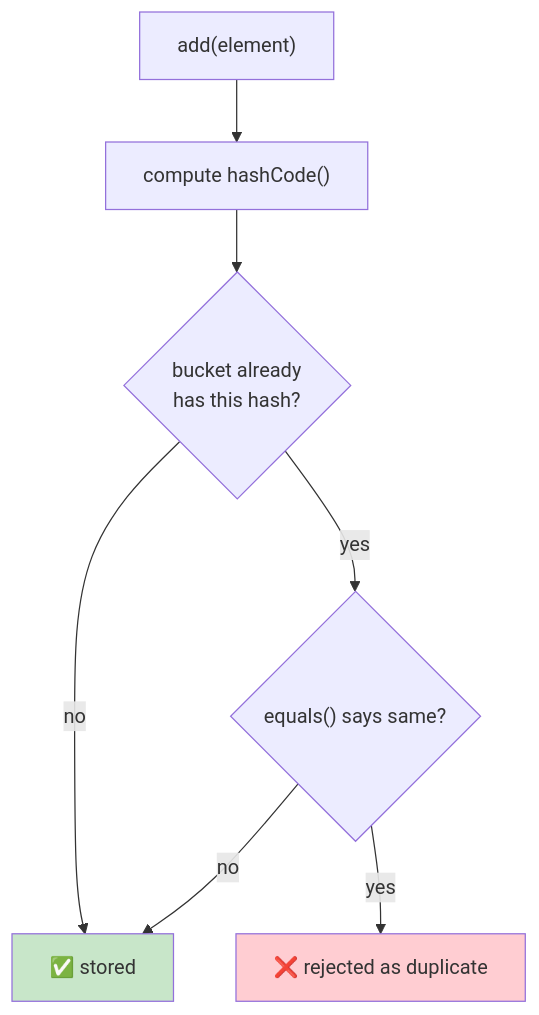
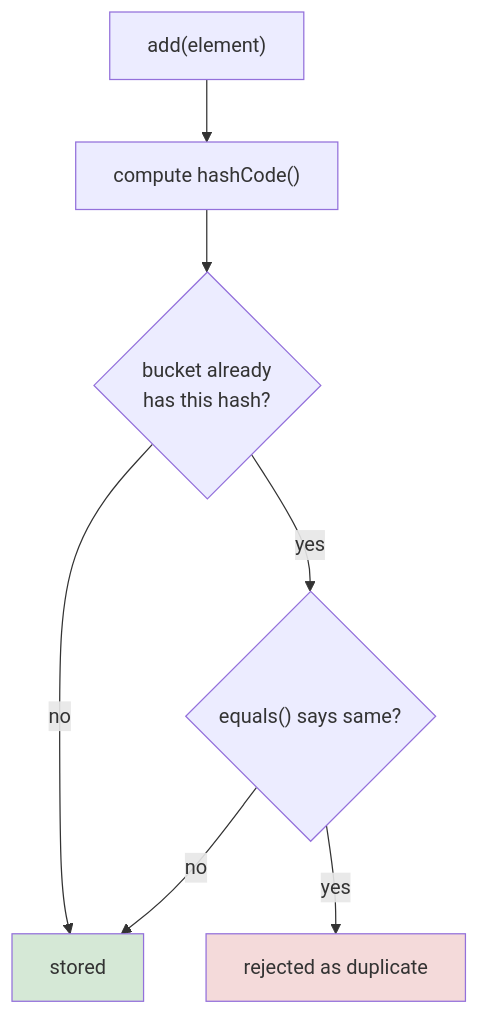
Before and after one commit to kundankumarsharma56/Leaning-Java: the second of 2 diagrams in src/Theory/08-Collections-Framework/03-Set-Interface.md, drawn with Mermaid. The commit also changed other lines of this file and 84 other files, not shown here.

````diff
--- a/src/Theory/08-Collections-Framework/03-Set-Interface.md
+++ b/src/Theory/08-Collections-Framework/03-Set-Interface.md
@@ -43,11 +43,11 @@
 ```mermaid
 flowchart TD
     A["add(element)"] --> B["compute hashCode()"]
     B --> C{"bucket already<br/>has this hash?"}
-    C -->|no| D["✅ stored"]
+    C -->|no| D["stored"]
     C -->|yes| E{"equals() says same?"}
-    E -->|yes| F["❌ rejected as duplicate"]
+    E -->|yes| F["rejected as duplicate"]
     E -->|no| D
-    style D fill:#c8e6c9
-    style F fill:#ffcdd2
+    style D fill:#d5e8d6
+    style F fill:#f4dada
 ```
````
